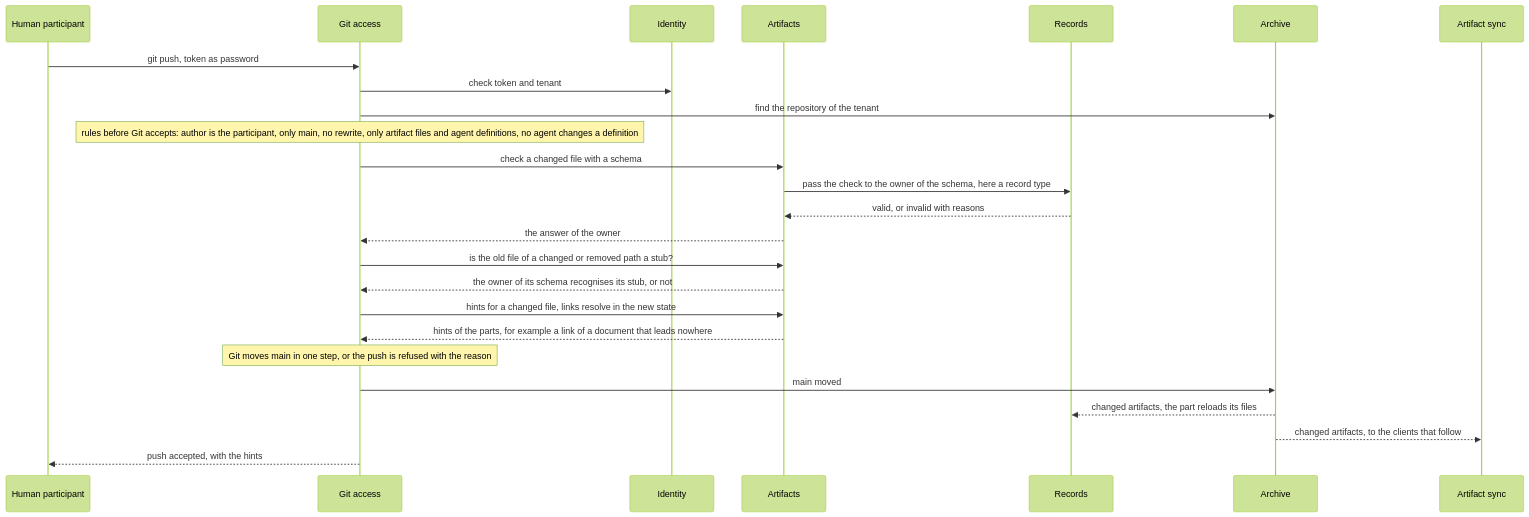
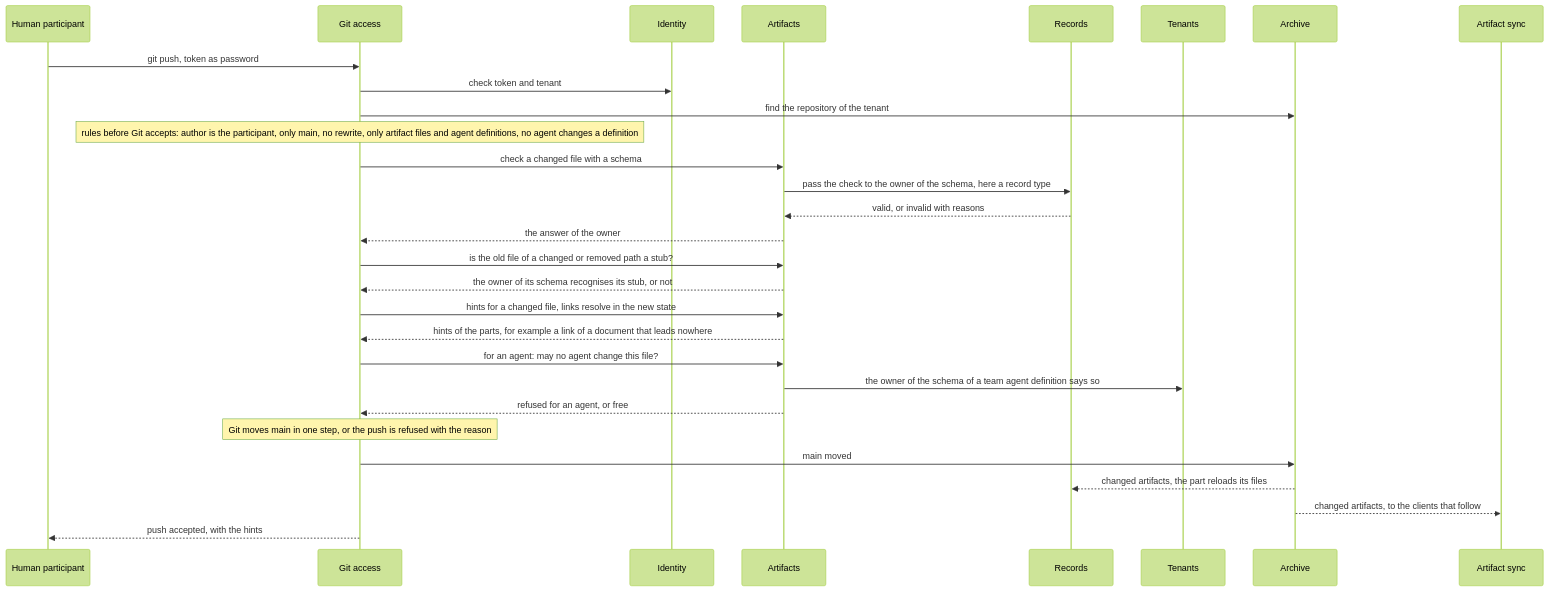
The ninth of 18 diagrams in docs/architecture/06-runtime-view.arc42.md (mrsimpson/agentic-office), drawn with Mermaid (forest theme) before and after one commit. The commit also changed other lines of this file and 41 other files, not shown here.

First line of the commit message:
feat: team agents with a token as the agent and a shared definition file (#281)

````diff
--- a/docs/architecture/06-runtime-view.arc42.md
+++ b/docs/architecture/06-runtime-view.arc42.md
@@ -383,27 +386,31 @@
 ```mermaid
 sequenceDiagram
     participant actor_human as Human participant
     participant bb_git_access as Git access
     participant bb_identity as Identity
     participant bb_artifacts as Artifacts
     participant bb_records as Records
+    participant bb_tenants as Tenants
     participant bb_archive as Archive
     participant bb_sync as Artifact sync
     actor_human->>bb_git_access: git push, token as password
     bb_git_access->>bb_identity: check token and tenant
     bb_git_access->>bb_archive: find the repository of the tenant
     Note over bb_git_access: rules before Git accepts: author is the participant, only main, no rewrite, only artifact files and agent definitions, no agent changes a definition
     bb_git_access->>bb_artifacts: check a changed file with a schema
     bb_artifacts->>bb_records: pass the check to the owner of the schema, here a record type
     bb_records-->>bb_artifacts: valid, or invalid with reasons
     bb_artifacts-->>bb_git_access: the answer of the owner
     bb_git_access->>bb_artifacts: is the old file of a changed or removed path a stub?
     bb_artifacts-->>bb_git_access: the owner of its schema recognises its stub, or not
     bb_git_access->>bb_artifacts: hints for a changed file, links resolve in the new state
     bb_artifacts-->>bb_git_access: hints of the parts, for example a link of a document that leads nowhere
+    bb_git_access->>bb_artifacts: for an agent: may no agent change this file?
+    bb_artifacts->>bb_tenants: the owner of the schema of a team agent definition says so
+    bb_artifacts-->>bb_git_access: refused for an agent, or free
     Note over bb_git_access: Git moves main in one step, or the push is refused with the reason
     bb_git_access->>bb_archive: main moved
     bb_archive-->>bb_records: changed artifacts, the part reloads its files
     bb_archive-->>bb_sync: changed artifacts, to the clients that follow
     bb_git_access-->>actor_human: push accepted, with the hints
 ```
````
